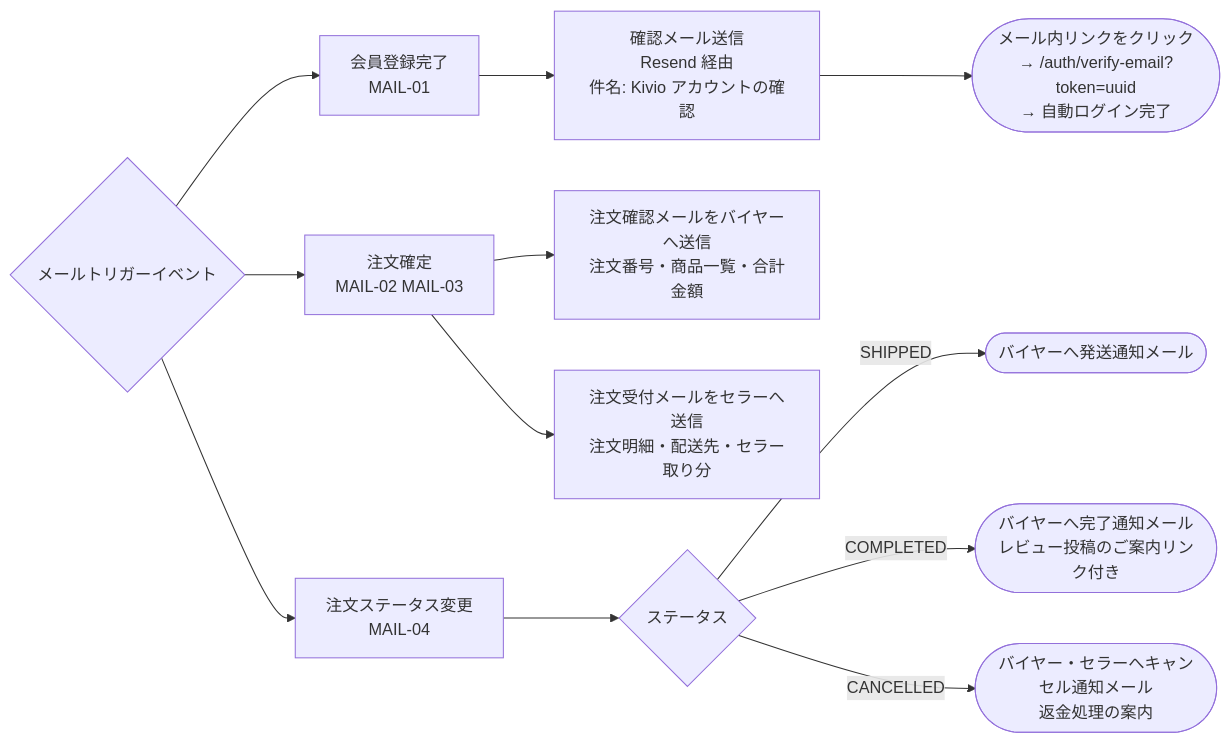
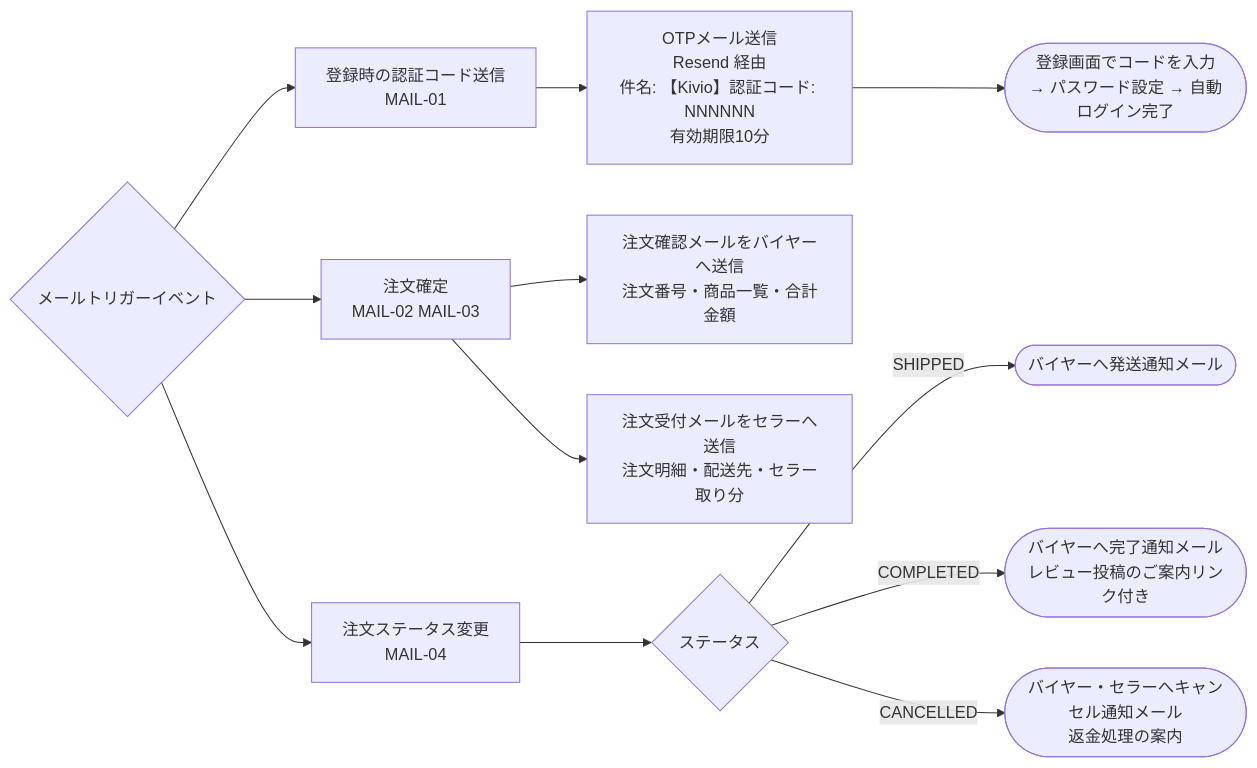
Diagram 27 of 27 in docs/design/frontend/USER_FLOW.md (daobn99/kivio-project), drawn with Mermaid before and after one commit. The commit also changed other lines of this file and 19 other files, not shown here.

````diff
--- a/docs/design/frontend/USER_FLOW.md
+++ b/docs/design/frontend/USER_FLOW.md
@@ -537,17 +548,17 @@
 ```mermaid
 flowchart LR
-  A{メールトリガーイベント} --> B["会員登録完了\nMAIL-01"]
+  A{メールトリガーイベント} --> B["登録時の認証コード送信\nMAIL-01"]
   A --> C["注文確定\nMAIL-02 MAIL-03"]
   A --> D["注文ステータス変更\nMAIL-04"]
 
-  B --> E["確認メール送信\nResend 経由\n件名: Kivio アカウントの確認"]
-  E --> F(["メール内リンクをクリック\n→ /auth/verify-email?token=uuid\n→ 自動ログイン完了"])
+  B --> E["OTPメール送信\nResend 経由\n件名: 【Kivio】認証コード: NNNNNN\n有効期限10分"]
+  E --> F(["登録画面でコードを入力\n→ パスワード設定 → 自動ログイン完了"])
 
   C --> G["注文確認メールをバイヤーへ送信\n注文番号・商品一覧・合計金額"]
   C --> H["注文受付メールをセラーへ送信\n注文明細・配送先・セラー取り分"]
 
   D --> I{ステータス}
   I -- SHIPPED --> J(["バイヤーへ発送通知メール"])
   I -- COMPLETED --> K(["バイヤーへ完了通知メール\nレビュー投稿のご案内リンク付き"])
   I -- CANCELLED --> L(["バイヤー・セラーへキャンセル通知メール\n返金処理の案内"])
 ```
````
